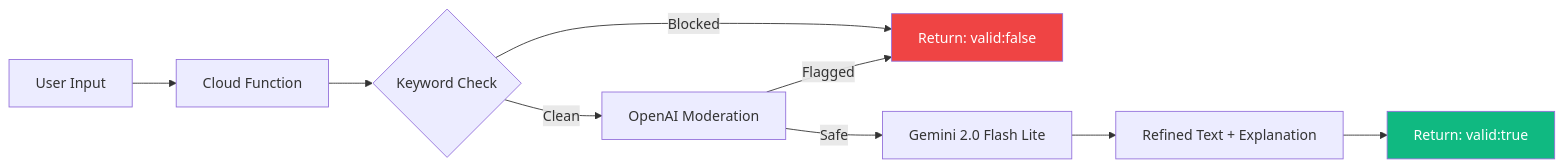
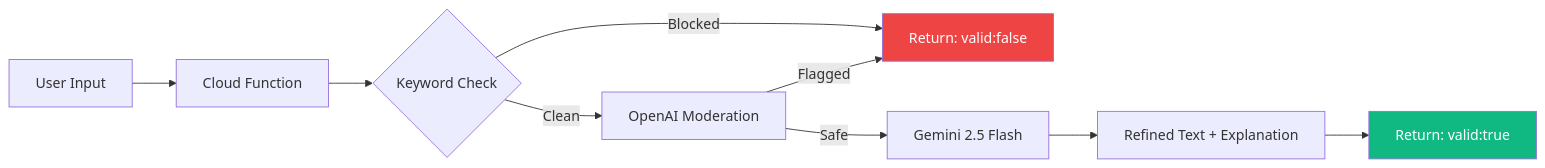
One commit to slps20425/yihsuanlee.github.io changed the third of 5 diagrams in knowledge/vapi-upload/cloud-functions.md. Above: the diagram before and after it, drawn with Mermaid. The commit also changed other lines of this file and 11 other files, not shown here.

````diff
--- a/knowledge/vapi-upload/cloud-functions.md
+++ b/knowledge/vapi-upload/cloud-functions.md
@@ -134,14 +134,14 @@
 ```mermaid
 graph LR
     A[User Input] --> B[Cloud Function]
     B --> C{Keyword Check}
     C -->|Blocked| D[Return: valid:false]
     C -->|Clean| E[OpenAI Moderation]
     E -->|Flagged| D
-    E -->|Safe| F[Gemini 2.0 Flash Lite]
+    E -->|Safe| F[Gemini 2.5 Flash]
     F --> G[Refined Text + Explanation]
     G --> H[Return: valid:true]
     
     style D fill:#ef4444,color:#fff
     style H fill:#10b981,color:#fff
 ```
````
